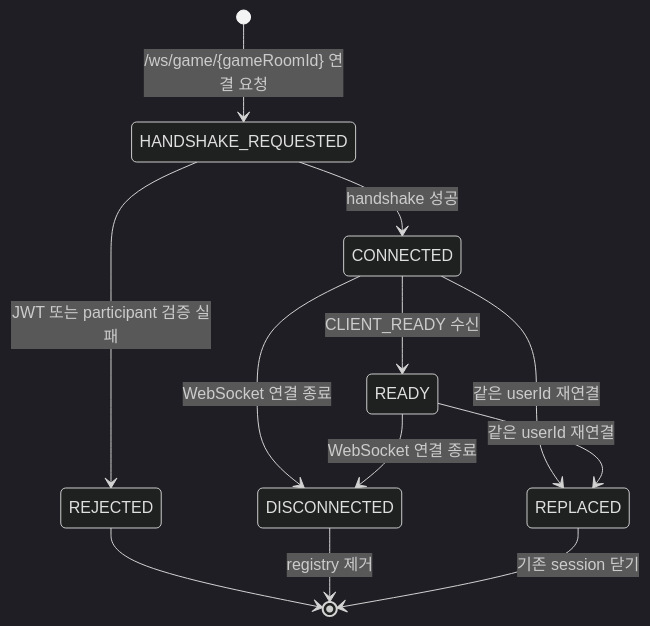
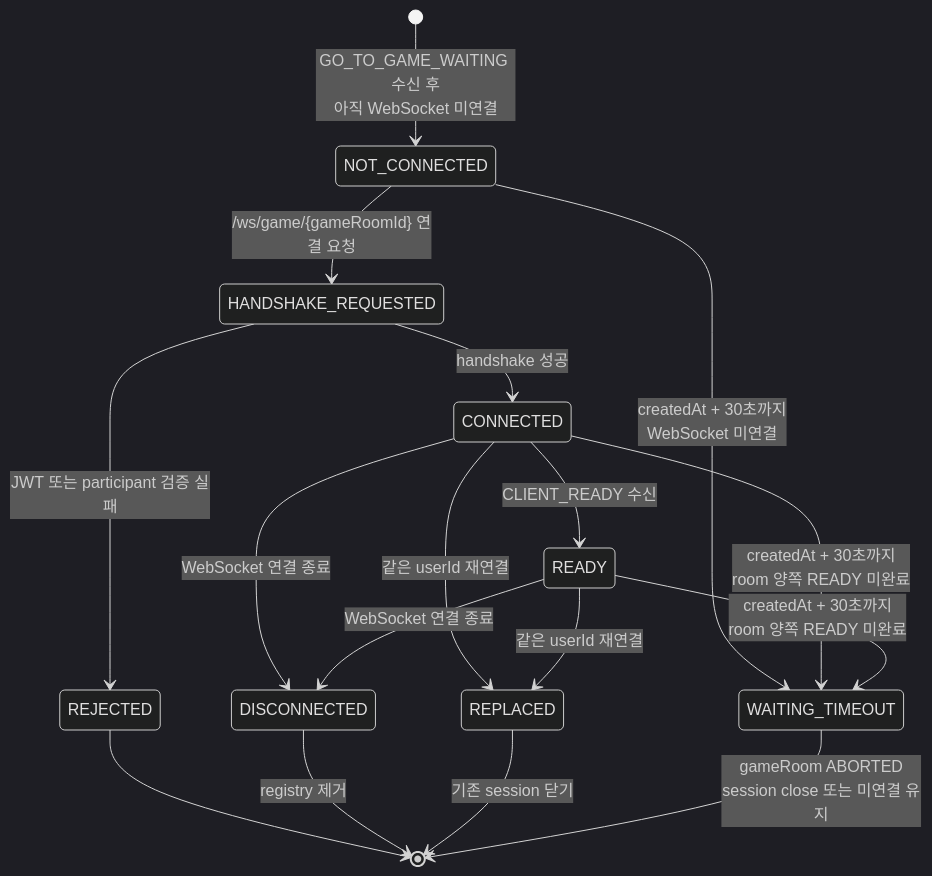
Diagram 11 of 12 in docs/project/domain status.md (moonwhistle/League-of-Star), drawn with Mermaid (dark theme) before and after one commit. The commit also changed other lines of this file and 6 other files, not shown here.

````diff
--- a/docs/project/domain status.md
+++ b/docs/project/domain status.md
@@ -271,14 +272,19 @@
 ```mermaid
 stateDiagram-v2
-    [*] --> HANDSHAKE_REQUESTED: /ws/game/{gameRoomId} 연결 요청
+    [*] --> NOT_CONNECTED: GO_TO_GAME_WAITING 수신 후<br/>아직 WebSocket 미연결
+    NOT_CONNECTED --> HANDSHAKE_REQUESTED: /ws/game/{gameRoomId} 연결 요청
+    NOT_CONNECTED --> WAITING_TIMEOUT: createdAt + 30초까지<br/>WebSocket 미연결
     HANDSHAKE_REQUESTED --> REJECTED: JWT 또는 participant 검증 실패
     HANDSHAKE_REQUESTED --> CONNECTED: handshake 성공
     CONNECTED --> READY: CLIENT_READY 수신
+    CONNECTED --> WAITING_TIMEOUT: createdAt + 30초까지<br/>room 양쪽 READY 미완료
+    READY --> WAITING_TIMEOUT: createdAt + 30초까지<br/>room 양쪽 READY 미완료
     CONNECTED --> DISCONNECTED: WebSocket 연결 종료
     READY --> DISCONNECTED: WebSocket 연결 종료
     CONNECTED --> REPLACED: 같은 userId 재연결
     READY --> REPLACED: 같은 userId 재연결
     REJECTED --> [*]
     DISCONNECTED --> [*]: registry 제거
     REPLACED --> [*]: 기존 session 닫기
+    WAITING_TIMEOUT --> [*]: gameRoom ABORTED<br/>session close 또는 미연결 유지
 ```
````
